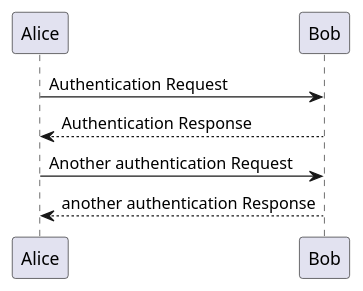
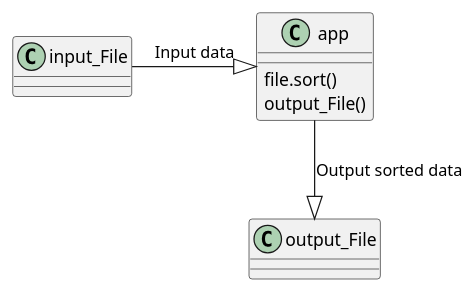
One commit to Sachman19/mishra-cop3330-assignment3 changed the diagram in src/main/java/ex41/diagram.puml. Above: the diagram before and after it, drawn with PlantUML. The commit also changed 6 other files, not shown here.

```diff
--- a/src/main/java/ex41/diagram.puml
+++ b/src/main/java/ex41/diagram.puml
@@ -1,11 +1,10 @@
 @startuml
 'https://plantuml.com/sequence-diagram
 
 
+input_File -|> app: Input data
+app : file.sort()
+app : output_File()
+app --|> output_File: Output sorted data
 
-Alice -> Bob: Authentication Request
-Bob --> Alice: Authentication Response
-
-Alice -> Bob: Another authentication Request
-Alice <-- Bob: another authentication Response
 @enduml
```
